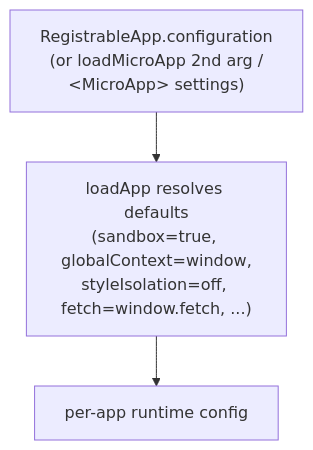
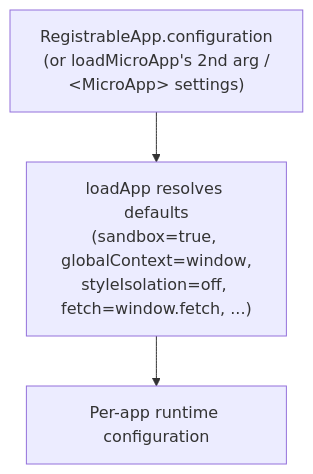
Before and after one commit to umijs/qiankun: the diagram in docs/api/configuration.md, drawn with Mermaid. The commit also changed other lines of this file and 63 other files, not shown here.

````diff
--- a/docs/api/configuration.md
+++ b/docs/api/configuration.md
@@ -158,5 +158,5 @@
 ```mermaid
 flowchart TD
-  A["RegistrableApp.configuration<br/>(or loadMicroApp 2nd arg /<br/>&lt;MicroApp&gt; settings)"] --> B["loadApp resolves defaults<br/>(sandbox=true, globalContext=window,<br/>styleIsolation=off, fetch=window.fetch, ...)"]
-  B --> C["per-app runtime config"]
+  A["RegistrableApp.configuration<br/>(or loadMicroApp's 2nd arg /<br/>&lt;MicroApp&gt; settings)"] --> B["loadApp resolves defaults<br/>(sandbox=true, globalContext=window,<br/>styleIsolation=off, fetch=window.fetch, ...)"]
+  B --> C["Per-app runtime configuration"]
 ```
````
